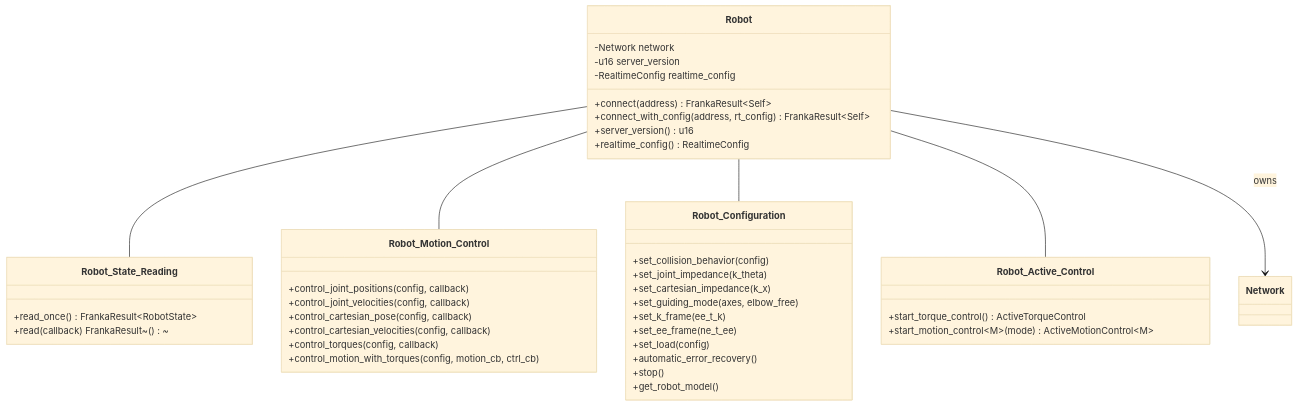
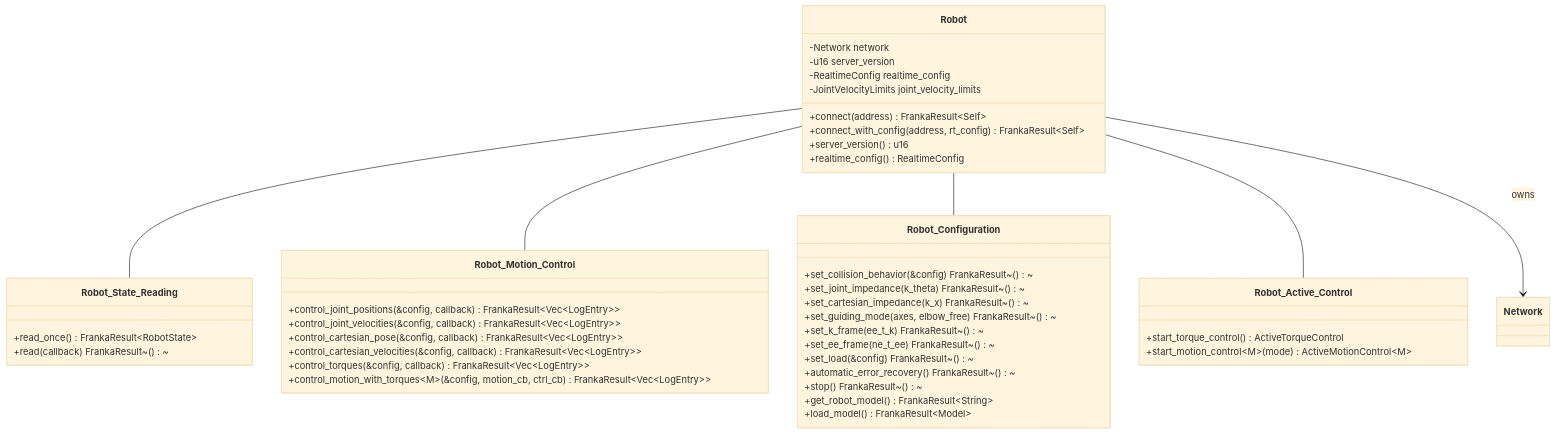
The first of 2 diagrams in docs/src/modules/robot.md (ColeTen/franka-rs), drawn with Mermaid (base theme) before and after one commit. The commit also changed other lines of this file and 43 other files, not shown here.

````diff
--- a/docs/src/modules/robot.md
+++ b/docs/src/modules/robot.md
@@ -7,51 +7,53 @@
 ```mermaid
 classDiagram
     class Robot {
         -Network network
         -u16 server_version
         -RealtimeConfig realtime_config
+        -JointVelocityLimits joint_velocity_limits
         +connect(address) FrankaResult~Self~
         +connect_with_config(address, rt_config) FrankaResult~Self~
         +server_version() u16
         +realtime_config() RealtimeConfig
     }
 
     class Robot_State_Reading {
         +read_once() FrankaResult~RobotState~
         +read(callback) FrankaResult~()~
     }
 
     class Robot_Motion_Control {
-        +control_joint_positions(config, callback)
-        +control_joint_velocities(config, callback)
-        +control_cartesian_pose(config, callback)
-        +control_cartesian_velocities(config, callback)
-        +control_torques(config, callback)
-        +control_motion_with_torques(config, motion_cb, ctrl_cb)
+        +control_joint_positions(&config, callback) FrankaResult~Vec~LogEntry~~
+        +control_joint_velocities(&config, callback) FrankaResult~Vec~LogEntry~~
+        +control_cartesian_pose(&config, callback) FrankaResult~Vec~LogEntry~~
+        +control_cartesian_velocities(&config, callback) FrankaResult~Vec~LogEntry~~
+        +control_torques(&config, callback) FrankaResult~Vec~LogEntry~~
+        +control_motion_with_torques~M~(&config, motion_cb, ctrl_cb) FrankaResult~Vec~LogEntry~~
     }
 
     class Robot_Configuration {
-        +set_collision_behavior(config)
-        +set_joint_impedance(k_theta)
-        +set_cartesian_impedance(k_x)
-        +set_guiding_mode(axes, elbow_free)
-        +set_k_frame(ee_t_k)
-        +set_ee_frame(ne_t_ee)
-        +set_load(config)
-        +automatic_error_recovery()
-        +stop()
-        +get_robot_model()
+        +set_collision_behavior(&config) FrankaResult~()~
+        +set_joint_impedance(k_theta) FrankaResult~()~
+        +set_cartesian_impedance(k_x) FrankaResult~()~
+        +set_guiding_mode(axes, elbow_free) FrankaResult~()~
+        +set_k_frame(ee_t_k) FrankaResult~()~
+        +set_ee_frame(ne_t_ee) FrankaResult~()~
+        +set_load(&config) FrankaResult~()~
+        +automatic_error_recovery() FrankaResult~()~
+        +stop() FrankaResult~()~
+        +get_robot_model() FrankaResult~String~
+        +load_model() FrankaResult~Model~
     }
 
     class Robot_Active_Control {
         +start_torque_control() ActiveTorqueControl
         +start_motion_control~M~(mode) ActiveMotionControl~M~
     }
 
     Robot -- Robot_State_Reading
     Robot -- Robot_Motion_Control
     Robot -- Robot_Configuration
     Robot -- Robot_Active_Control
 
     Robot --> Network : owns
 ```
````
